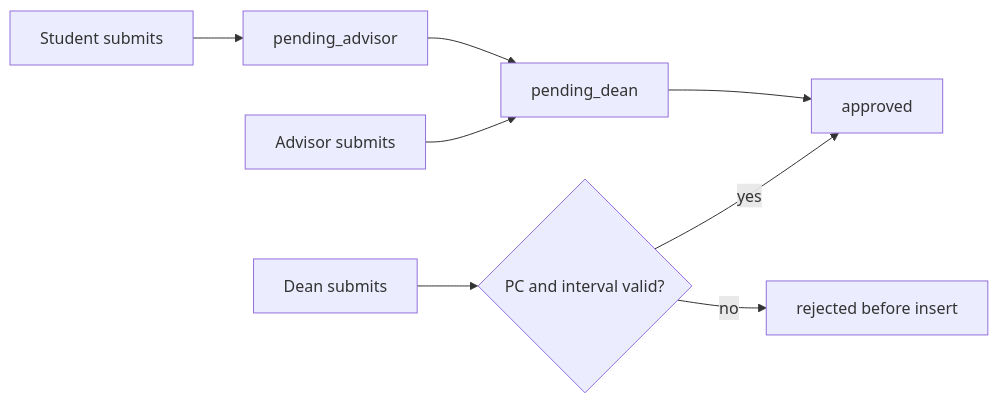
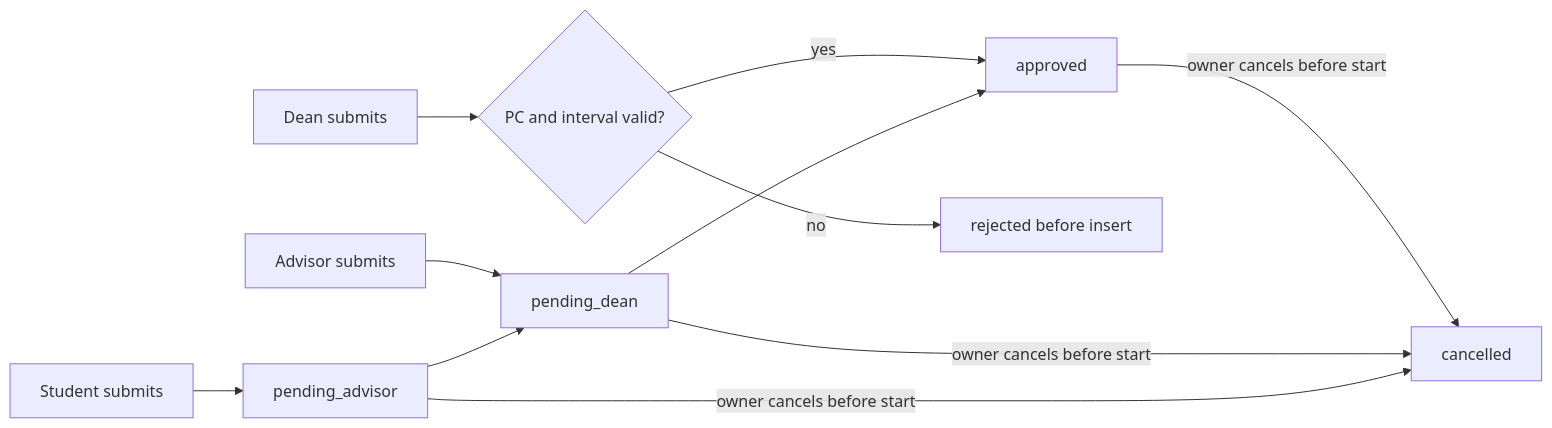
The third of 3 diagrams in .docs/02-design/diagrams/04-sequence-diagram-booking.md (Leng201202/SE-Lab-Booking-System), drawn with Mermaid before and after one commit. The commit also changed other lines of this file and 22 other files, not shown here.

```diff
--- a/.docs/02-design/diagrams/04-sequence-diagram-booking.md
+++ b/.docs/02-design/diagrams/04-sequence-diagram-booking.md
@@ -50,10 +74,13 @@
 ~~~mermaid
 flowchart LR
     S[Student submits] --> PA[pending_advisor]
     PA --> PD[pending_dean]
     A[Advisor submits] --> PD
     PD --> OK[approved]
+    PA -->|owner cancels before start| C[cancelled]
+    PD -->|owner cancels before start| C
+    OK -->|owner cancels before start| C
     D[Dean submits] --> V{PC and interval valid?}
     V -->|yes| OK
     V -->|no| X[rejected before insert]
 ~~~
```
